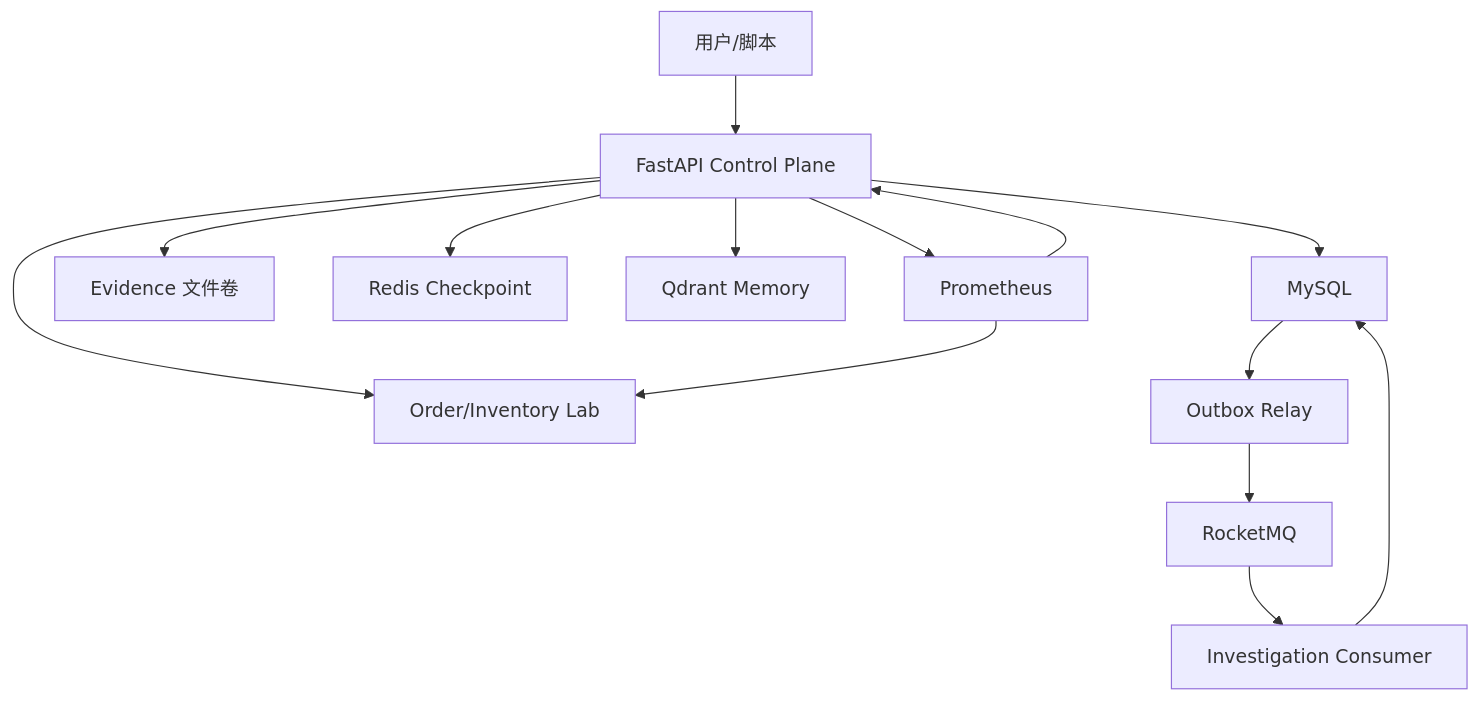
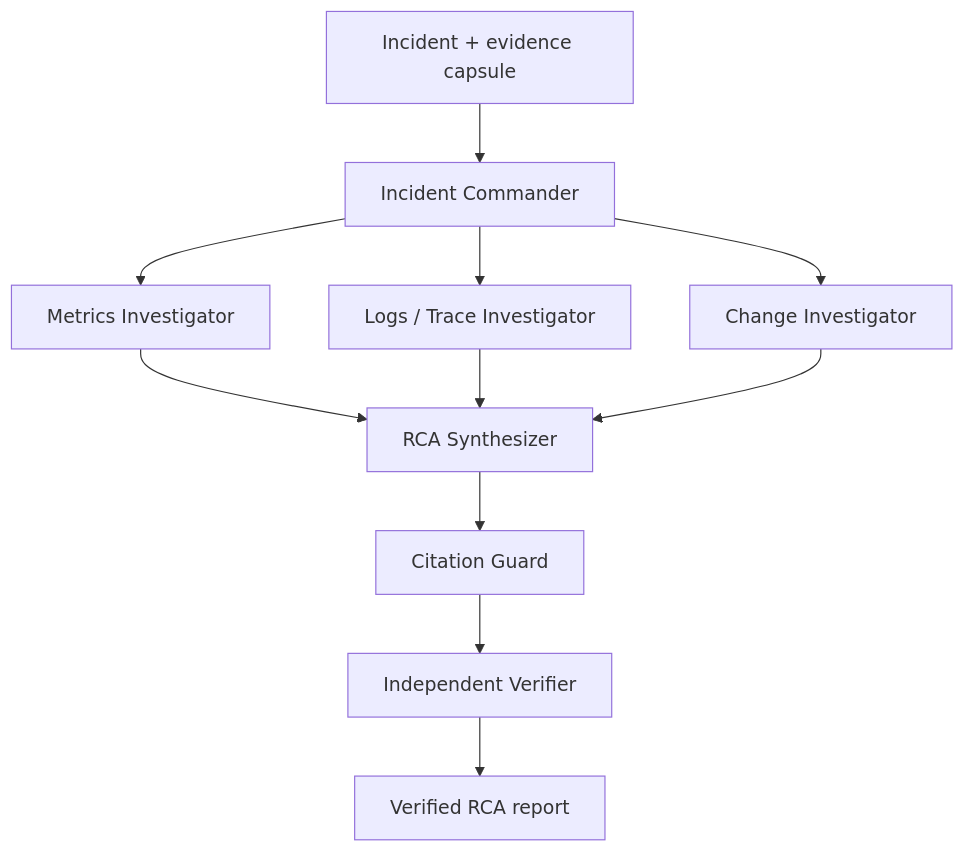
Before and after one commit to lovecandies/AxiomOps: the first of 2 diagrams in docs/architecture.md, drawn with Mermaid. The commit also changed other lines of this file and 33 other files, not shown here.

````diff
--- a/docs/architecture.md
+++ b/docs/architecture.md
@@ -77,16 +28,13 @@
 ```mermaid
 flowchart TB
-    User["用户/脚本"] --> API["FastAPI Control Plane"]
-    API --> MySQL["MySQL"]
-    API --> EvidenceFS["Evidence 文件卷"]
-    API --> Redis["Redis Checkpoint"]
-    API --> Qdrant["Qdrant Memory"]
-    API --> Prom["Prometheus"]
-    API --> Lab["Order/Inventory Lab"]
-    MySQL --> Outbox["Outbox Relay"]
-    Outbox --> MQ["RocketMQ"]
-    MQ --> Consumer["Investigation Consumer"]
-    Consumer --> MySQL
-    Prom --> API
-    Prom --> Lab
+    Incident["Incident + evidence capsule"] --> Commander["Incident Commander"]
+    Commander --> Metrics["Metrics Investigator"]
+    Commander --> Logs["Logs / Trace Investigator"]
+    Commander --> Change["Change Investigator"]
+    Metrics --> Synth["RCA Synthesizer"]
+    Logs --> Synth
+    Change --> Synth
+    Synth --> Guard["Citation Guard"]
+    Guard --> Verifier["Independent Verifier"]
+    Verifier --> Report["Verified RCA report"]
 ```
````
